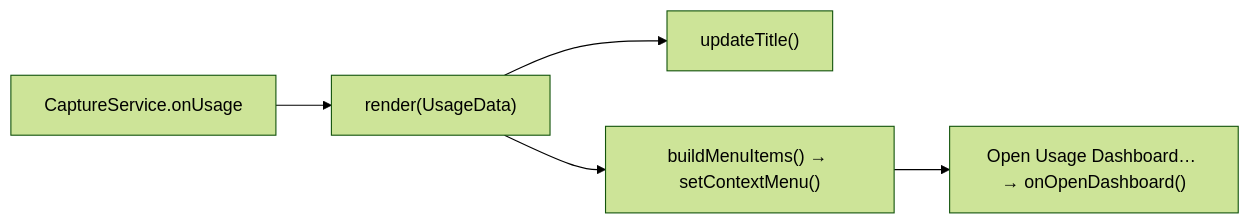
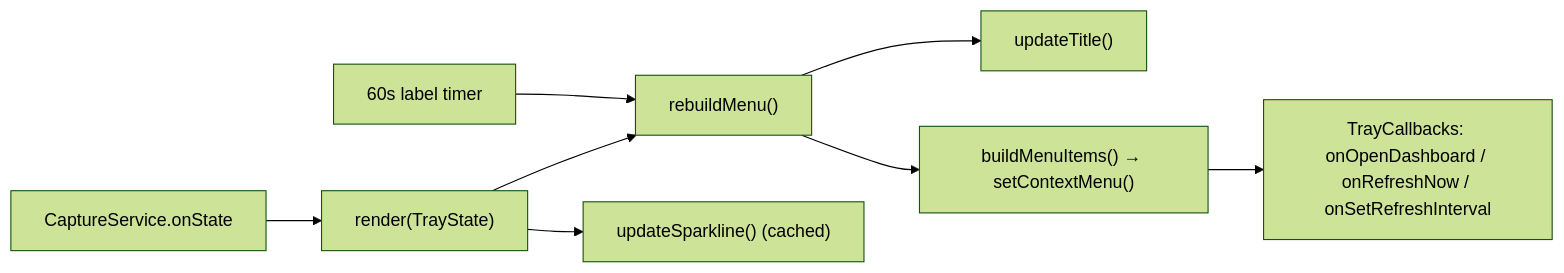
Before and after one commit to tangentlin/burnbar: the diagram in docs/modules/tray.md, drawn with Mermaid (forest theme). The commit also changed other lines of this file and 36 other files, not shown here.

First line of the commit message:
feat: menu sparkline, richer tooltip, configurable refresh (#21)

````diff
--- a/docs/modules/tray.md
+++ b/docs/modules/tray.md
@@ -31,7 +44,10 @@
 ```mermaid
 flowchart LR
-    svc["CaptureService.onUsage"] --> render["render(UsageData)"]
-    render --> title["updateTitle()"]
-    render --> menu["buildMenuItems() → setContextMenu()"]
-    menu --> dash["Open Usage Dashboard… → onOpenDashboard()"]
+    svc["CaptureService.onState"] --> render["render(TrayState)"]
+    timer["60s label timer"] --> rebuild["rebuildMenu()"]
+    render --> spark["updateSparkline() (cached)"]
+    render --> rebuild
+    rebuild --> title["updateTitle()"]
+    rebuild --> menu["buildMenuItems() → setContextMenu()"]
+    menu --> cbs["TrayCallbacks: onOpenDashboard / onRefreshNow / onSetRefreshInterval"]
 ```
````
